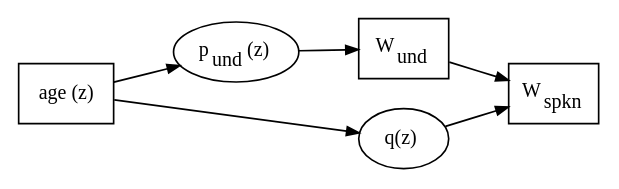
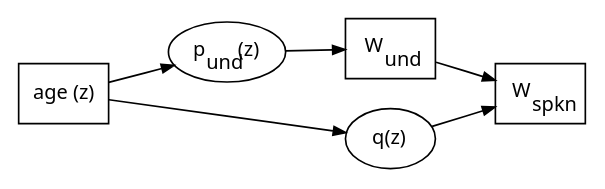
The diagram in docs/report/diagrams/fig-joint-generative.dot (dseinternational/vocabulary-growth), drawn with Graphviz before and after one commit. The commit also changed 37 other files, not shown here.

First line of the commit message:
feat(report): set reports in Noto Sans, Noto Sans Mono and Noto Sans Math

```diff
--- a/docs/report/diagrams/fig-joint-generative.dot
+++ b/docs/report/diagrams/fig-joint-generative.dot
@@ -1,21 +1,21 @@
 // Source for fig-joint-generative (the joint models' generative structure in
 // methods-models.qmd). Boxes are observed quantities, rounded nodes latent ones,
 // matching the other diagrams here. Pre-rendered to a static PNG so PDF/DOCX rendering does
 // not require headless Chrome.
 // Regenerate after editing:
 //   dot -Tpng -Gdpi=300 diagrams/fig-joint-generative.dot -o diagrams/fig-joint-generative.png
 digraph JointGenerative {
-    graph [rankdir=LR]
-    edge [arrowsize=0.75]
-    node [fontsize=12]
+    graph [rankdir=LR, fontname="Noto Sans"]
+    edge [arrowsize=0.75, fontname="Noto Sans"]
+    node [fontsize=12, fontname="Noto Sans"]
     z  [label="age (z)", shape=box]
     pU [label=<p<SUB>und</SUB>(z)>, shape=ellipse]
     q  [label=<q(z)>, shape=ellipse]
     WU [label=<W<SUB>und</SUB>>, shape=box]
     WS [label=<W<SUB>spkn</SUB>>, shape=box]
     z -> pU
     z -> q
     pU -> WU
     WU -> WS
     q -> WS
 }
```
